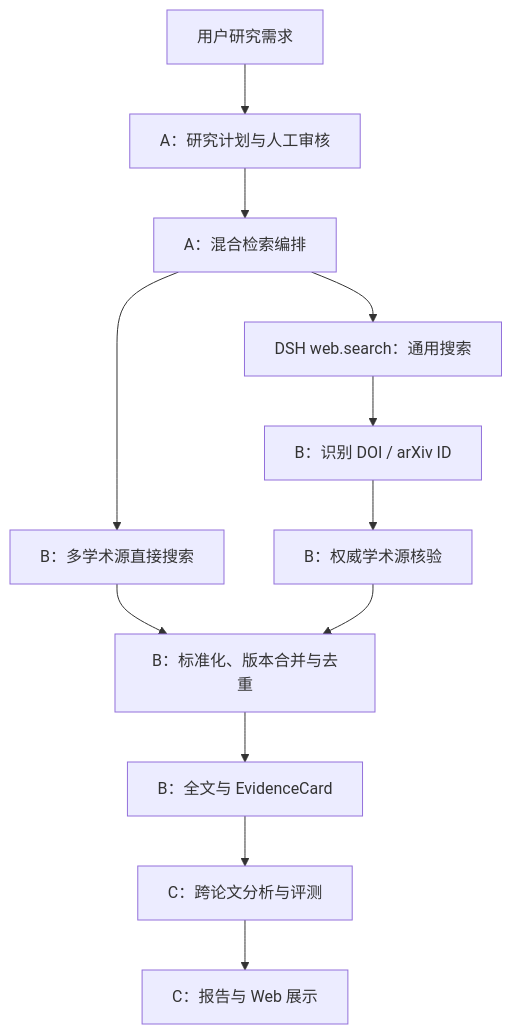
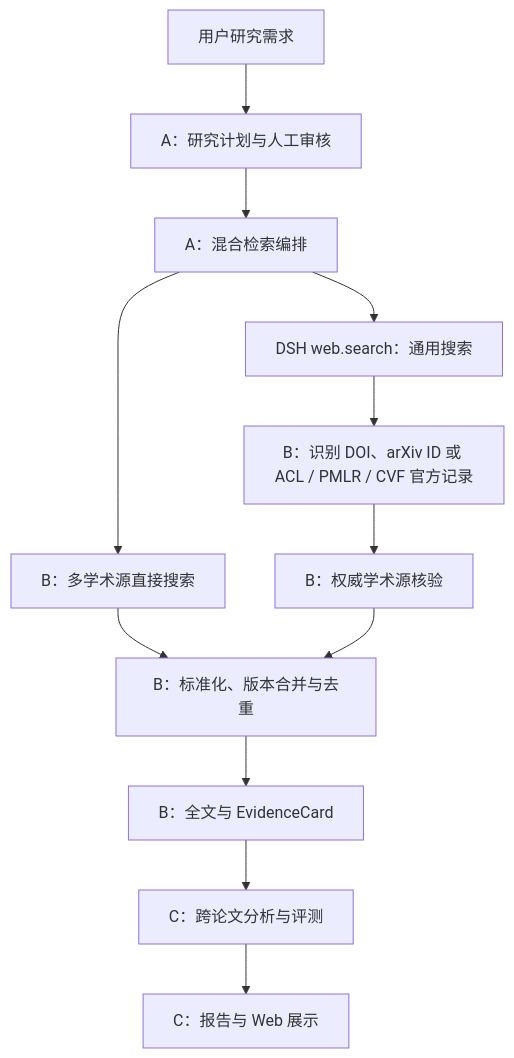
One commit to ZhouZhixian2021/insight-agent changed the diagram in z-team_docs/模块分工/academic-hybrid-retrieval-team-plan.md. Above: the diagram before and after it, drawn with Mermaid. The commit also changed other lines of this file, not shown here.

````diff
--- a/z-team_docs/模块分工/academic-hybrid-retrieval-team-plan.md
+++ b/z-team_docs/模块分工/academic-hybrid-retrieval-team-plan.md
@@ -9,14 +9,14 @@
 ```mermaid
 flowchart TB
     USER["用户研究需求"] --> PLAN["A：研究计划与人工审核"]
     PLAN --> ORCH["A：混合检索编排"]
     ORCH --> ACADEMIC["B：多学术源直接搜索"]
     ORCH --> WEB["DSH web.search：通用搜索"]
-    WEB --> REFERENCE["B：识别 DOI / arXiv ID"]
+    WEB --> REFERENCE["B：识别 DOI、arXiv ID 或 ACL / PMLR / CVF 官方记录"]
     REFERENCE --> VERIFY["B：权威学术源核验"]
     ACADEMIC --> INGEST["B：标准化、版本合并与去重"]
     VERIFY --> INGEST
     INGEST --> EVIDENCE["B：全文与 EvidenceCard"]
     EVIDENCE --> ANALYSIS["C：跨论文分析与评测"]
     ANALYSIS --> REPORT["C：报告与 Web 展示"]
 ```
````
